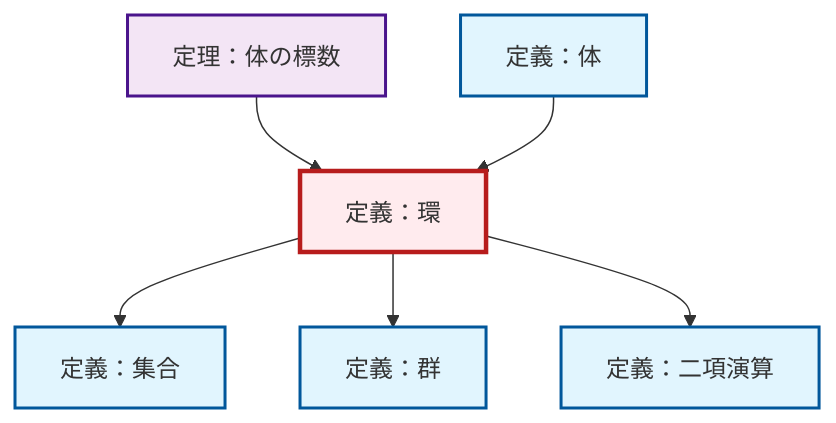
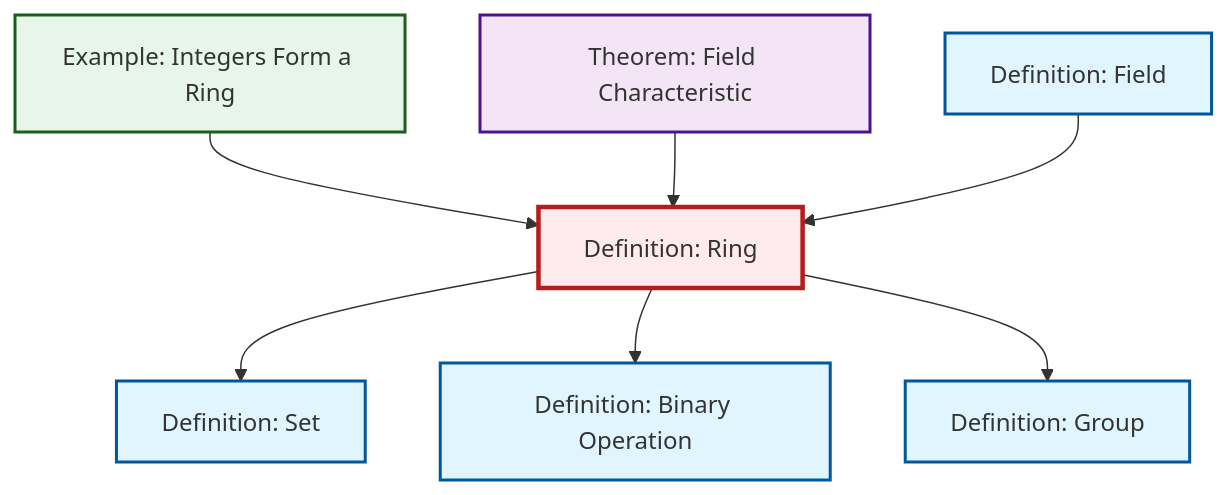
The diagram in content/ja/algebra/def-ring.qmd (RK0429/ModernMath), drawn with Mermaid before and after one commit. The commit also changed 203 other files, not shown here.

````diff
--- a/content/ja/algebra/def-ring.qmd
+++ b/content/ja/algebra/def-ring.qmd
@@ -53,27 +53,23 @@
 ```{mermaid}
-%%| fig-cap: "局所依存関係グラフ"
+%%| fig-cap: "Local dependency graph"
 graph TD
     classDef definition fill:#e1f5fe,stroke:#01579b,stroke-width:2px
     classDef theorem fill:#f3e5f5,stroke:#4a148c,stroke-width:2px
     classDef axiom fill:#fff3e0,stroke:#e65100,stroke-width:2px
     classDef example fill:#e8f5e9,stroke:#1b5e20,stroke-width:2px
     classDef current fill:#ffebee,stroke:#b71c1c,stroke-width:3px
-    def-ring["定義：環"]:::definition
-    def-group["定義：群"]:::definition
-    def-set["定義：集合"]:::definition
-    def-field["定義：体"]:::definition
-    thm-field-characteristic["定理：体の標数"]:::theorem
-    def-binary-operation["定義：二項演算"]:::definition
+    def-group["Definition: Group"]:::definition
+    def-binary-operation["Definition: Binary Operation"]:::definition
+    thm-field-characteristic["Theorem: Field Characteristic"]:::theorem
+    def-ring["Definition: Ring"]:::definition
+    def-set["Definition: Set"]:::definition
+    def-field["Definition: Field"]:::definition
+    ex-integers-ring["Example: Integers Form a Ring"]:::example
     def-ring --> def-set
+    def-ring --> def-binary-operation
     def-ring --> def-group
+    ex-integers-ring --> def-ring
     thm-field-characteristic --> def-ring
     def-field --> def-ring
-    def-ring --> def-binary-operation
     class def-ring current
-
-    click def-group "def-group.html" "Go to 定義：群"
-    click def-set "def-set.html" "Go to 定義：集合"
-    click def-field "def-field.html" "Go to 定義：体"
-    click thm-field-characteristic "thm-field-characteristic.html" "Go to 定理：体の標数"
-    click def-binary-operation "def-binary-operation.html" "Go to 定義：二項演算"
 ```
````
